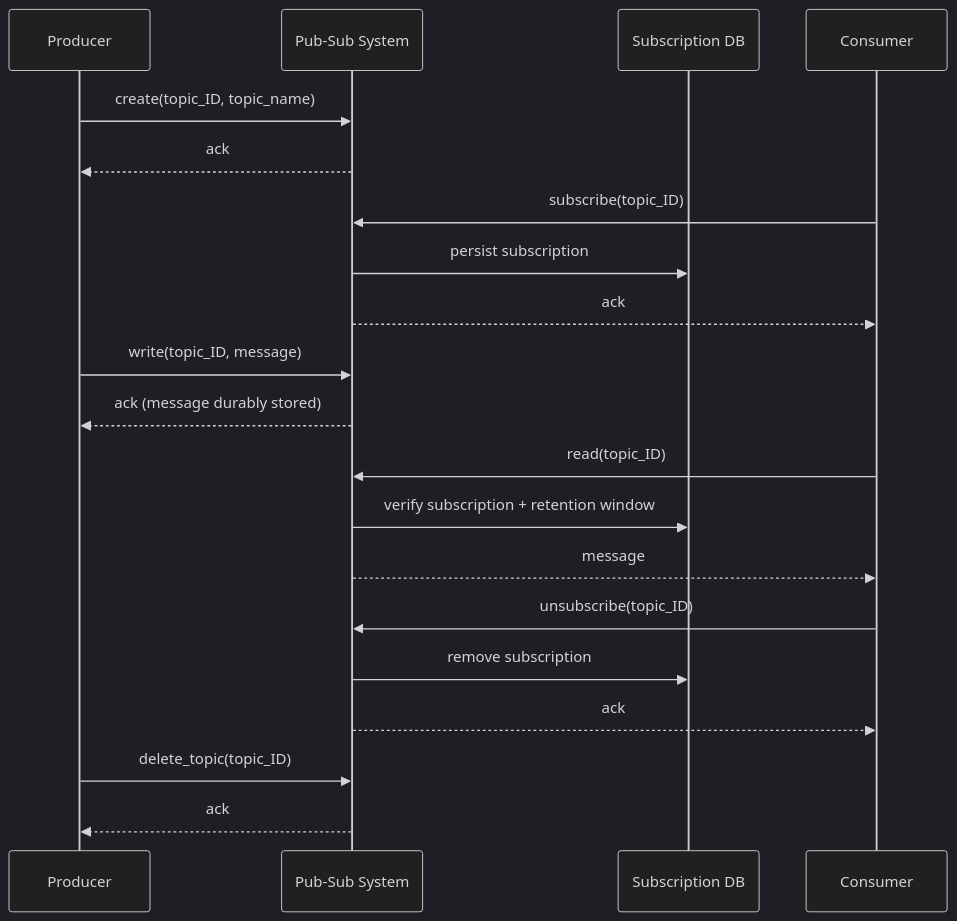
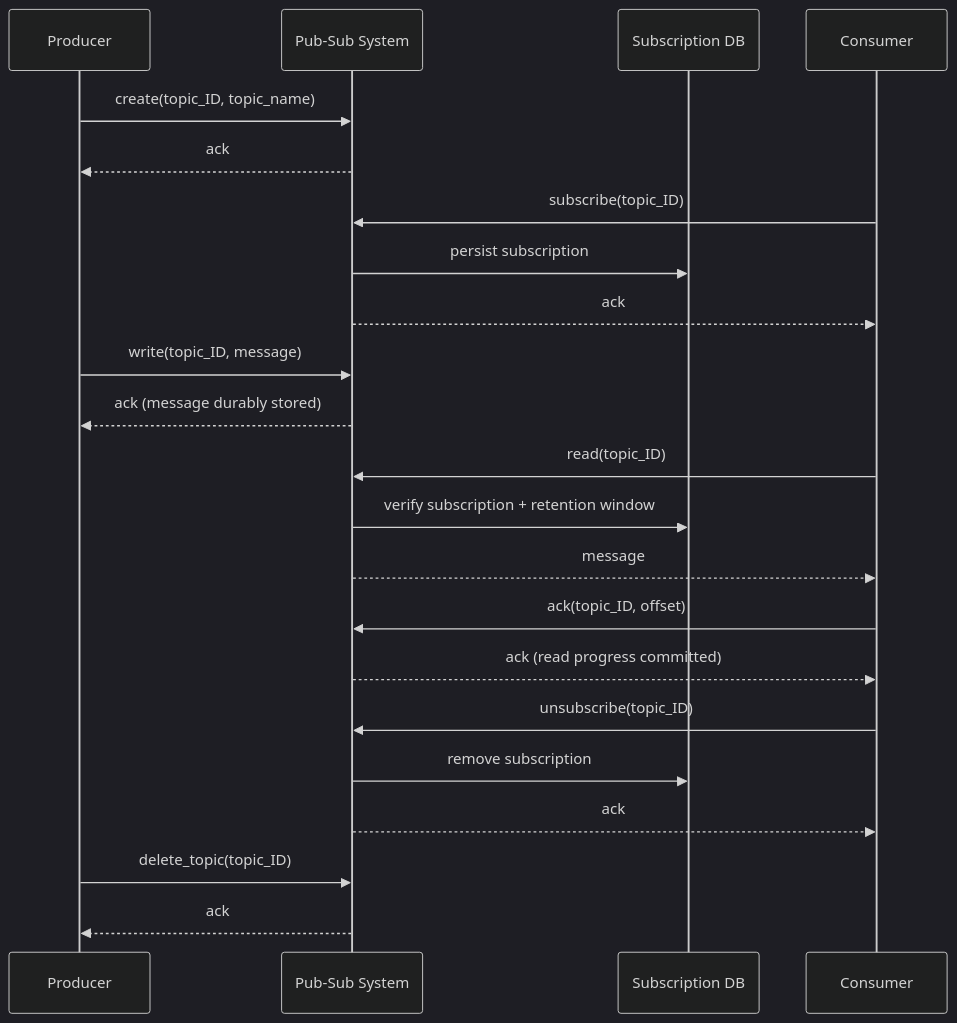
The third of 18 diagrams in system-design/HLD/0-course/18-Pub-sub-FAANG-Guide.md (riyaz-pasha/Learnings), drawn with Mermaid (dark theme) before and after one commit. The commit also changed other lines of this file and 50 other files, not shown here.

````diff
--- a/system-design/HLD/0-course/18-Pub-sub-FAANG-Guide.md
+++ b/system-design/HLD/0-course/18-Pub-sub-FAANG-Guide.md
@@ -90,28 +132,31 @@
 ```mermaid
 sequenceDiagram
     participant P as Producer
     participant Sys as Pub-Sub System
     participant DB as Subscription DB
     participant C as Consumer
 
     P->>Sys: create(topic_ID, topic_name)
     Sys-->>P: ack
 
     C->>Sys: subscribe(topic_ID)
     Sys->>DB: persist subscription
     Sys-->>C: ack
 
     P->>Sys: write(topic_ID, message)
     Sys-->>P: ack (message durably stored)
 
     C->>Sys: read(topic_ID)
     Sys->>DB: verify subscription + retention window
     Sys-->>C: message
 
+    C->>Sys: ack(topic_ID, offset)
+    Sys-->>C: ack (read progress committed)
+
     C->>Sys: unsubscribe(topic_ID)
     Sys->>DB: remove subscription
     Sys-->>C: ack
 
     P->>Sys: delete_topic(topic_ID)
     Sys-->>P: ack
 ```
````
